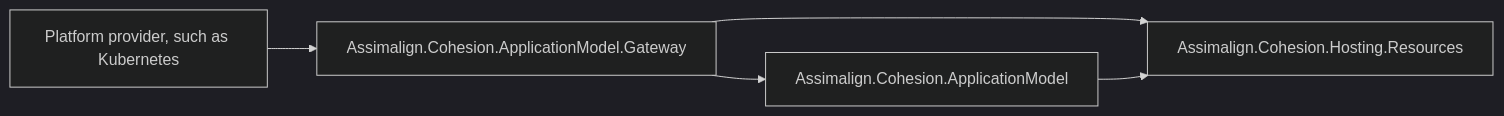
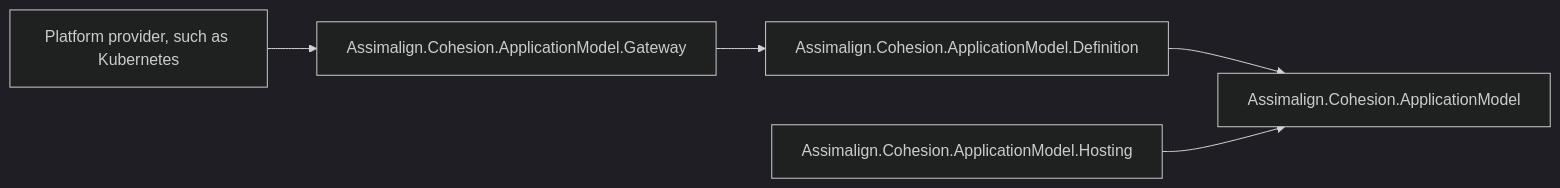
One commit to assimalign/cohesion changed the first of 3 diagrams in libraries/ApplicationModel/Assimalign.Cohesion.ApplicationModel.Gateway/docs/DESIGN.md. Above: the diagram before and after it, drawn with Mermaid (dark theme). The commit also changed other lines of this file and 394 other files, not shown here.

First line of the commit message:
refactor(application-model): split the model into contracts, definitions, and hosting

````diff
--- a/libraries/ApplicationModel/Assimalign.Cohesion.ApplicationModel.Gateway/docs/DESIGN.md
+++ b/libraries/ApplicationModel/Assimalign.Cohesion.ApplicationModel.Gateway/docs/DESIGN.md
@@ -20,7 +25,7 @@
 ```mermaid
 flowchart LR
     Platform["Platform provider, such as Kubernetes"] --> Gateway["Assimalign.Cohesion.ApplicationModel.Gateway"]
-    Gateway --> Model["Assimalign.Cohesion.ApplicationModel"]
-    Gateway --> Resources["Assimalign.Cohesion.Hosting.Resources"]
-    Model --> Resources
+    Gateway --> Definition["Assimalign.Cohesion.ApplicationModel.Definition"]
+    Definition --> Contracts["Assimalign.Cohesion.ApplicationModel"]
+    Hosting["Assimalign.Cohesion.ApplicationModel.Hosting"] --> Contracts
 ```
````
